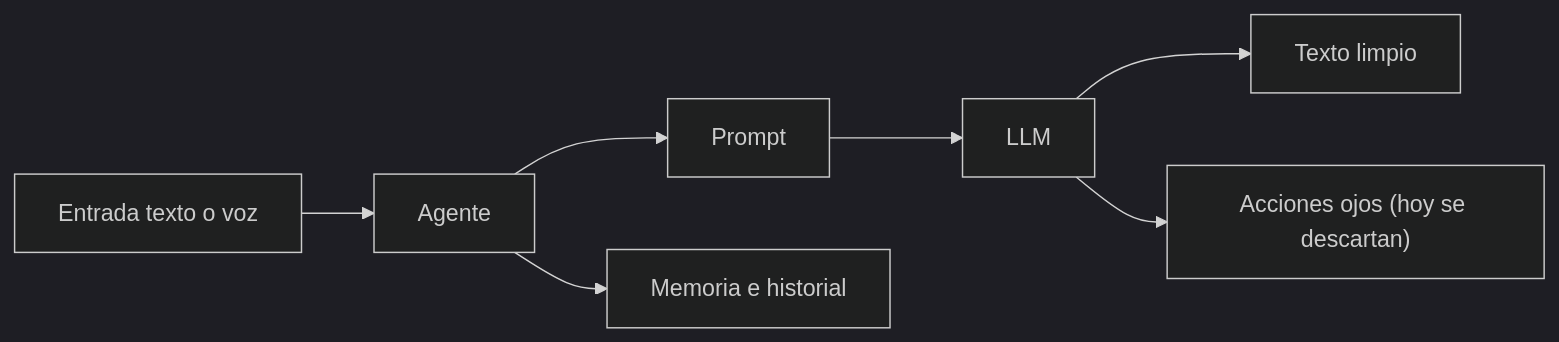
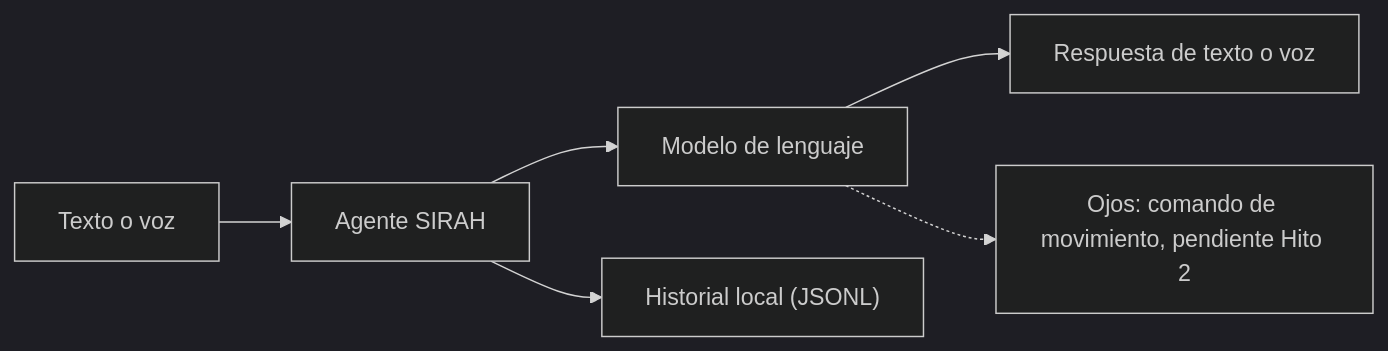
The diagram in README.md (Laxxup/SIRAH-Rework), drawn with Mermaid (dark theme) before and after one commit.

Commit message:
Docs: make README Mermaid flow intuitive

````diff
--- a/README.md
+++ b/README.md
@@ -50,9 +50,8 @@
 ```mermaid
 flowchart LR
-  user[Entrada texto o voz] --> agent[Agente]
-  agent --> prompt[Prompt]
-  prompt --> llm[LLM]
-  llm --> text[Texto limpio]
-  llm --> actions["Acciones ojos (hoy se descartan)"]
-  agent --> memory[Memoria e historial]
+  entrada["Texto o voz"] --> agente["Agente SIRAH"]
+  agente --> llm["Modelo de lenguaje"]
+  llm --> respuesta["Respuesta de texto o voz"]
+  agente --> memoria["Historial local (JSONL)"]
+  llm -.-> ojos["Ojos: comando de movimiento, pendiente Hito 2"]
 ```
````
